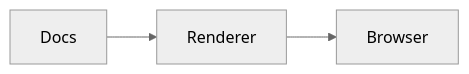
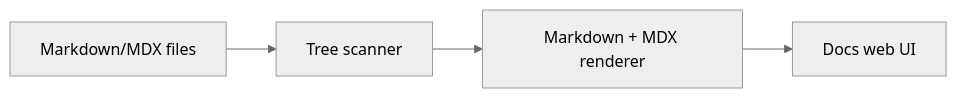
Before and after one commit to thejezzi/ariel: the diagram in docs/README.md, drawn with Mermaid (neutral theme). The commit also changed other lines of this file and 24 other files, not shown here.

````diff
--- a/docs/README.md
+++ b/docs/README.md
@@ -13,4 +20,6 @@
 ```mermaid
 flowchart LR
-  Docs --> Renderer --> Browser
+  Docs[Markdown/MDX files] --> Scanner[Tree scanner]
+  Scanner --> Renderer[Markdown + MDX renderer]
+  Renderer --> UI[Docs web UI]
 ```
````
